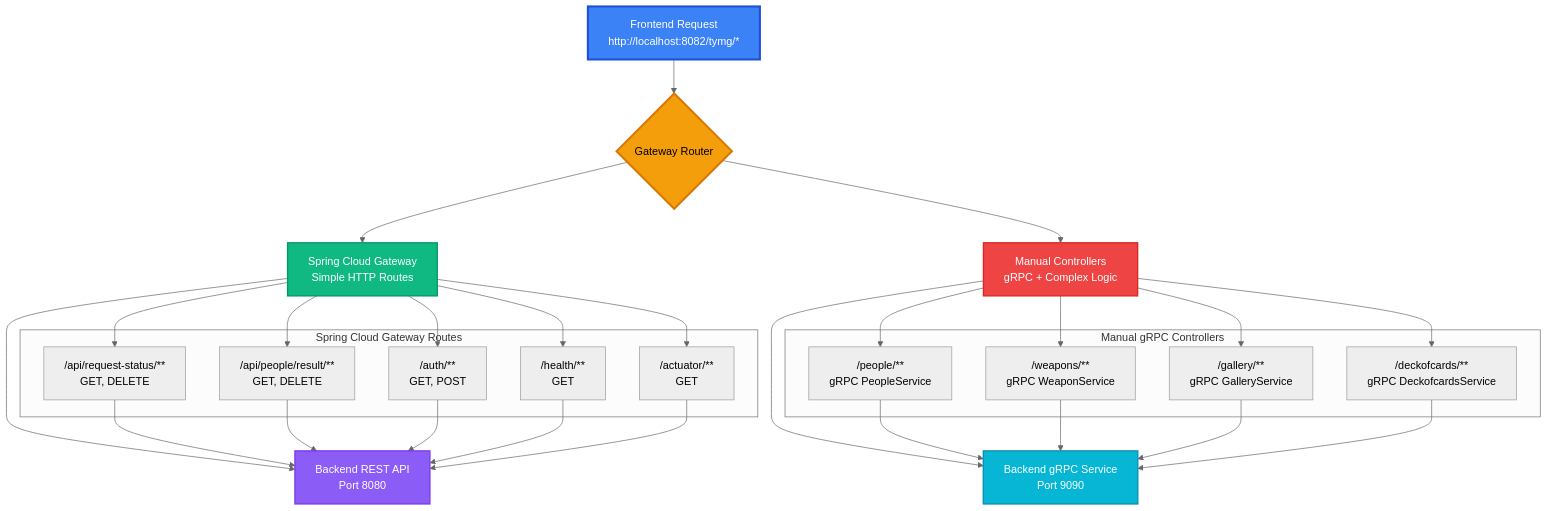
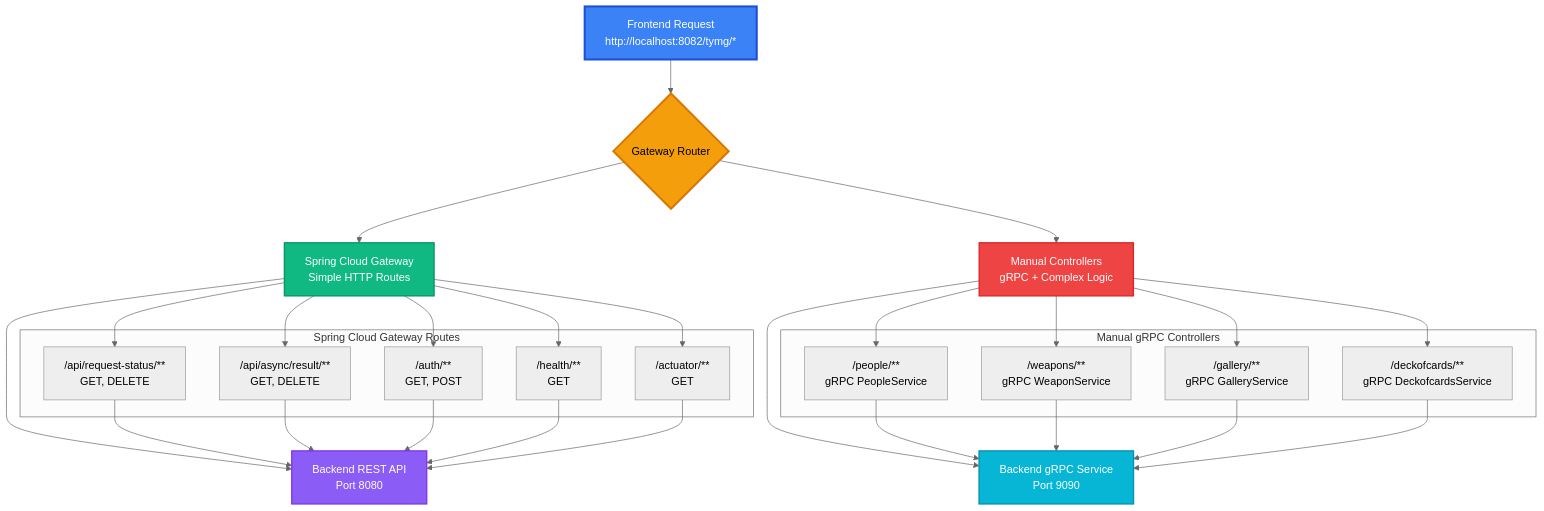
The seventh of 12 diagrams in README.md (Vinskao/ty-multiverse), drawn with Mermaid (neutral theme) before and after one commit. The commit also changed 38 other files, not shown here.

````diff
--- a/README.md
+++ b/README.md
@@ -363,59 +363,59 @@
 ```mermaid
 graph TD
     A[Frontend Request<br/>http://localhost:8082/tymg/*] --> B{Gateway Router}
 
     B --> C[Spring Cloud Gateway<br/>Simple HTTP Routes]
     B --> D[Manual Controllers<br/>gRPC + Complex Logic]
 
     C --> E[Backend REST API<br/>Port 8080]
     D --> F[Backend gRPC Service<br/>Port 9090]
 
     subgraph "Spring Cloud Gateway Routes"
         G["/api/request-status/**<br/>GET, DELETE"]
-        H["/api/people/result/**<br/>GET, DELETE"]
+        H["/api/async/result/**<br/>GET, DELETE"]
         I["/auth/**<br/>GET, POST"]
         J["/health/**<br/>GET"]
         K["/actuator/**<br/>GET"]
     end
 
     subgraph "Manual gRPC Controllers"
         L["/people/**<br/>gRPC PeopleService"]
         M["/weapons/**<br/>gRPC WeaponService"]
         N["/gallery/**<br/>gRPC GalleryService"]
         O["/deckofcards/**<br/>gRPC DeckofcardsService"]
     end
 
     C --> G
     C --> H
     C --> I
     C --> J
     C --> K
 
     D --> L
     D --> M
     D --> N
     D --> O
 
     G --> E
     H --> E
     I --> E
     J --> E
     K --> E
 
     L --> F
     M --> F
     N --> F
     O --> F
 
     %% Styling
     style A fill:#3b82f6,stroke:#1d4ed8,stroke-width:3px,color:#ffffff
     style B fill:#f59e0b,stroke:#d97706,stroke-width:3px,color:#000000
     style C fill:#10b981,stroke:#059669,stroke-width:2px,color:#ffffff
     style D fill:#ef4444,stroke:#dc2626,stroke-width:2px,color:#ffffff
     style E fill:#8b5cf6,stroke:#7c3aed,stroke-width:2px,color:#ffffff
     style F fill:#06b6d4,stroke:#0891b2,stroke-width:2px,color:#ffffff
 
     %% Subgraph styling
     classDef gatewayGroup fill:#f0fdf4,stroke:#86efac,stroke-width:2px
     classDef manualGroup fill:#fef3c7,stroke:#f59e0b,stroke-width:2px
 ```
````
